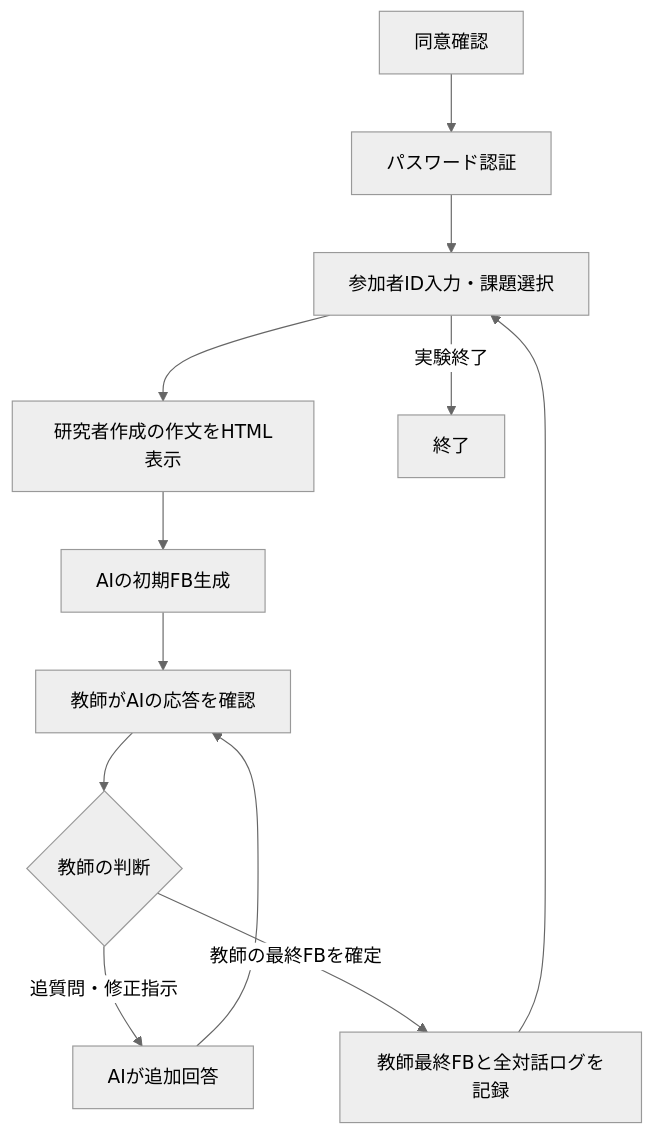
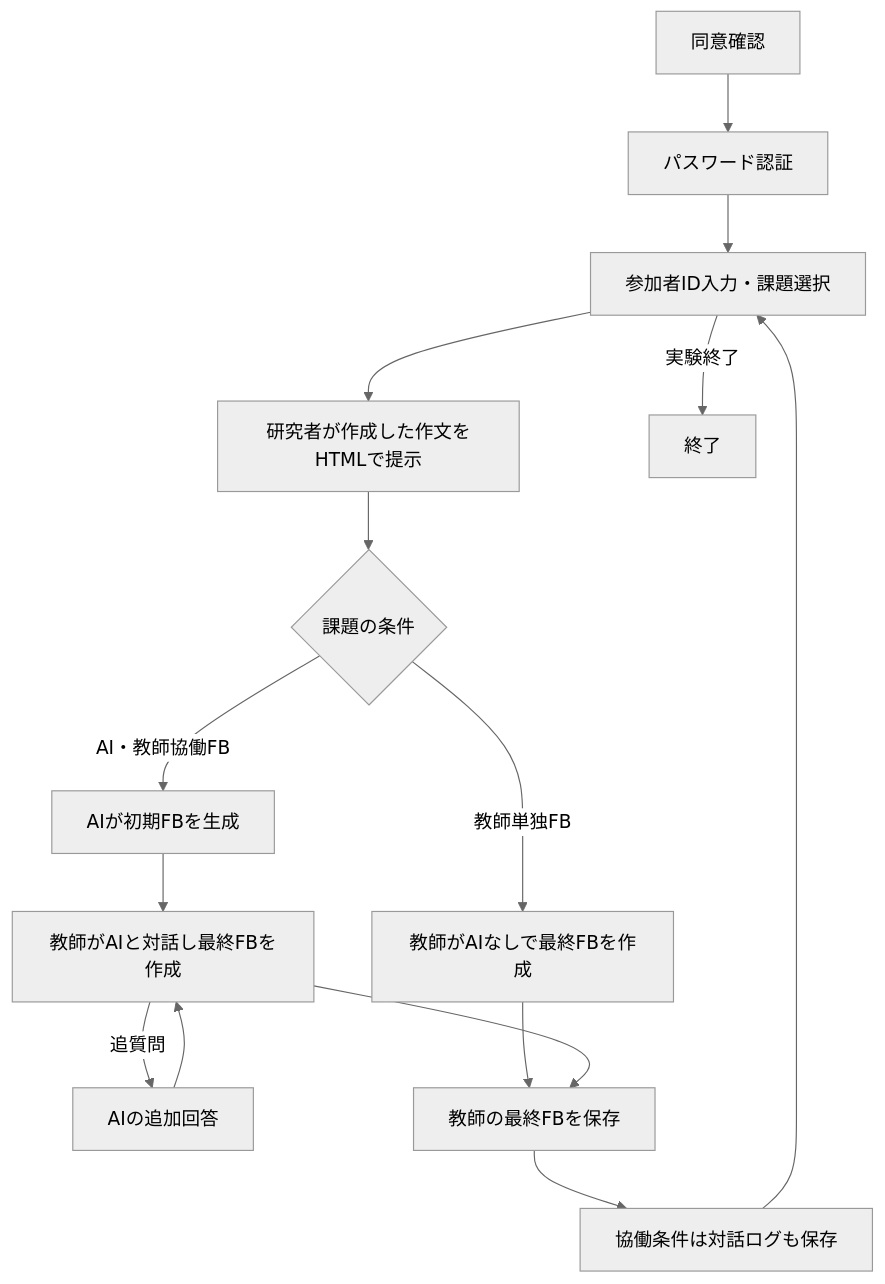
One commit to Yu-kara/FB-experiment changed the diagram in README.md. Above: the diagram before and after it, drawn with Mermaid (neutral theme). The commit also changed other lines of this file, not shown here.

````diff
--- a/README.md
+++ b/README.md
@@ -11,14 +11,17 @@
 ```mermaid
 flowchart TD
     A[同意確認] --> B[パスワード認証]
     B --> C[参加者ID入力・課題選択]
-    C --> D[研究者作成の作文をHTML表示]
-    D --> E[AIの初期FB生成]
-    E --> F[教師がAIの応答を確認]
-    F --> G{教師の判断}
-    G -->|追質問・修正指示| H[AIが追加回答]
-    H --> F
-    G -->|教師の最終FBを確定| I[教師最終FBと全対話ログを記録]
-    I --> C
-    C -->|実験終了| J[終了]
+    C --> D[研究者が作成した作文をHTMLで提示]
+    D --> E{課題の条件}
+    E -->|教師単独FB| F[教師がAIなしで最終FBを作成]
+    E -->|AI・教師協働FB| G[AIが初期FBを生成]
+    G --> H[教師がAIと対話し最終FBを作成]
+    H -->|追質問| G2[AIの追加回答]
+    G2 --> H
+    F --> I[教師の最終FBを保存]
+    H --> I
+    I --> J[協働条件は対話ログも保存]
+    J --> C
+    C -->|実験終了| K[終了]
 ```
````
